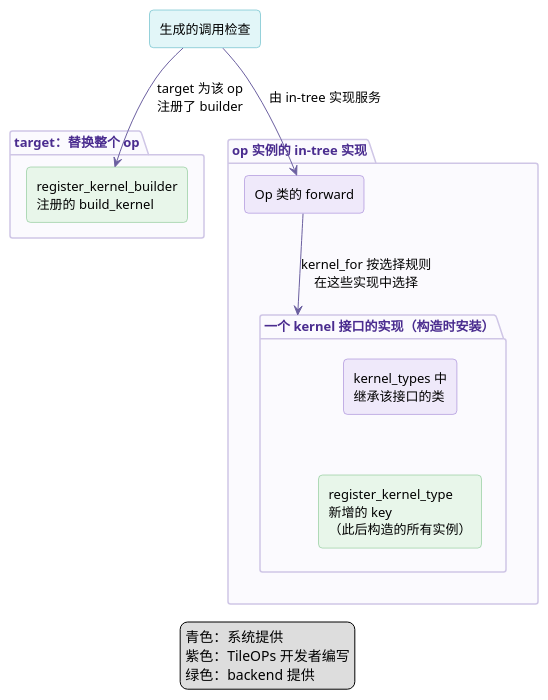
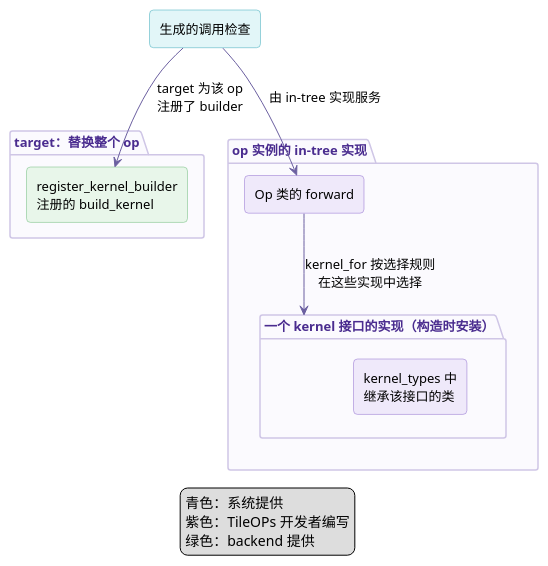
The diagram in figures/user-guide/dispatch/extension.zh.puml (lcy-seso/TileOPs.github.io), drawn with PlantUML before and after one commit. The commit also changed 63 other files, not shown here.

First line of the commit message:
[Docs] Follow TileOPs' release renames, and drop register_kernel_type from the backend guides (#81)

```diff
--- a/figures/user-guide/dispatch/extension.zh.puml
+++ b/figures/user-guide/dispatch/extension.zh.puml
@@ -1,52 +1,50 @@
 @startuml extension
 skinparam defaultFontName "Noto Sans SC"
 skinparam defaultFontSize 13
 skinparam shadowing false
 skinparam ArrowColor #6B5FA0
 skinparam TitleFontColor #4A2C8F
 skinparam rectangle {
   RoundCorner 8
 }
 skinparam package {
   BorderColor #CFC6E6
   BackgroundColor #FBFAFE
   FontColor #4A2C8F
 }
 hide stereotype
 skinparam rectangle<<sys>> {
   BackgroundColor #E2F6F8
   BorderColor #3AA9B8
 }
 skinparam rectangle<<dev>> {
   BackgroundColor #EFE9FA
   BorderColor #8E6CCF
 }
 skinparam rectangle<<ext>> {
   BackgroundColor #E8F6EA
   BorderColor #6DBA7A
 }
 rectangle "生成的调用检查" as chk <<sys>>
 
 package "target：替换整个 op" {
   rectangle "register_kernel_builder\n注册的 build_kernel" as tgt <<ext>>
 }
 
 package "op 实例的 in-tree 实现" {
   rectangle "Op 类的 forward" as body <<dev>>
   package "一个 kernel 接口的实现（构造时安装）" as snap {
     rectangle "kernel_types 中\n继承该接口的类" as intree <<dev>>
-    rectangle "register_kernel_type\n新增的 key\n（此后构造的所有实例）" as added <<ext>>
-    intree -[hidden]down- added
   }
 }
 
 chk --> tgt : target 为该 op\n注册了 builder
 chk --> body : 由 in-tree 实现服务
 body --> snap : kernel_for 按选择规则\n在这些实现中选择
 
 legend bottom
   青色：系统提供
   紫色：TileOPs 开发者编写
   绿色：backend 提供
 endlegend
 @enduml
```
